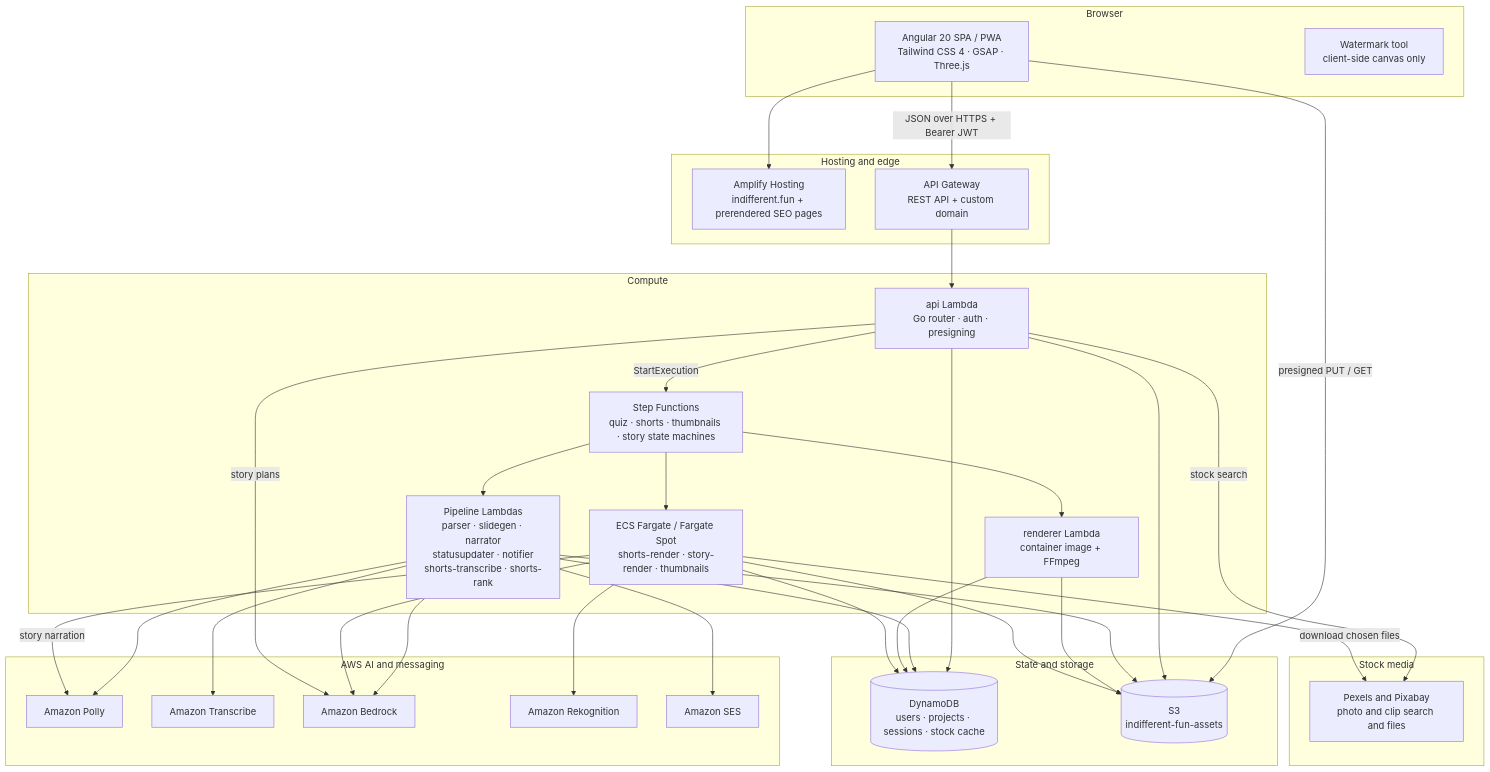
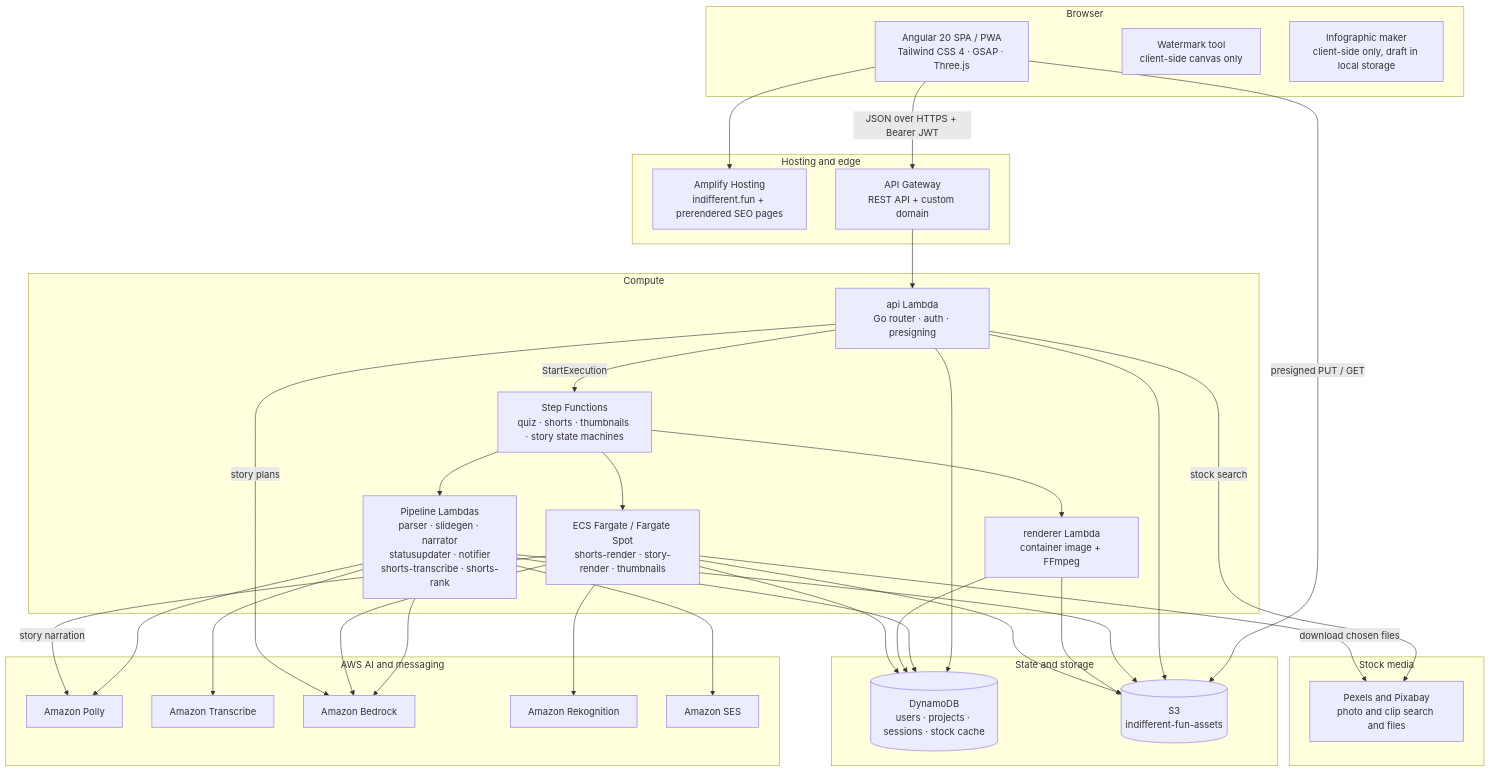
The first of 6 diagrams in README.md (RahulKumar1119/indifferent), drawn with Mermaid before and after one commit. The commit also changed other lines of this file and 40 other files, not shown here.

First line of the commit message:
Infographic maker: launch (part of #217)

````diff
--- a/README.md
+++ b/README.md
@@ -57,67 +59,68 @@
 ```mermaid
 flowchart TB
     subgraph Browser["Browser"]
         UI["Angular 20 SPA / PWA<br/>Tailwind CSS 4 · GSAP · Three.js"]
         WATERMARK["Watermark tool<br/>client-side canvas only"]
+        INFOGRAPHIC["Infographic maker<br/>client-side only, draft in local storage"]
     end
 
     subgraph Edge["Hosting and edge"]
         AMP["Amplify Hosting<br/>indifferent.fun + prerendered SEO pages"]
         APIGW["API Gateway<br/>REST API + custom domain"]
     end
 
     subgraph Compute["Compute"]
         API["api Lambda<br/>Go router · auth · presigning"]
         SFN["Step Functions<br/>quiz · shorts · thumbnails · story state machines"]
         LAMBDAS["Pipeline Lambdas<br/>parser · slidegen · narrator<br/>statusupdater · notifier<br/>shorts-transcribe · shorts-rank"]
         RENDERER["renderer Lambda<br/>container image + FFmpeg"]
         FARGATE["ECS Fargate / Fargate Spot<br/>shorts-render · story-render · thumbnails"]
     end
 
     subgraph Data["State and storage"]
         DDB[("DynamoDB<br/>users · projects · sessions · stock cache")]
         S3[("S3<br/>indifferent-fun-assets")]
     end
 
     subgraph Stock["Stock media"]
         STOCKLIB["Pexels and Pixabay<br/>photo and clip search and files"]
     end
     subgraph AWS["AWS AI and messaging"]
         POLLY["Amazon Polly"]
         TRANSCRIBE["Amazon Transcribe"]
         BEDROCK["Amazon Bedrock"]
         REKOG["Amazon Rekognition"]
         SES["Amazon SES"]
     end
 
     UI --> AMP
     UI -->|"JSON over HTTPS + Bearer JWT"| APIGW
     UI -->|"presigned PUT / GET"| S3
     APIGW --> API
     API --> DDB
     API --> S3
     API -->|"StartExecution"| SFN
 
     SFN --> LAMBDAS
     SFN --> RENDERER
     SFN --> FARGATE
 
     LAMBDAS --> POLLY
     LAMBDAS --> TRANSCRIBE
     LAMBDAS --> BEDROCK
     LAMBDAS --> SES
     LAMBDAS --> S3
     LAMBDAS --> DDB
 
     RENDERER --> S3
     RENDERER --> DDB
 
     FARGATE --> REKOG
     FARGATE --> BEDROCK
     FARGATE --> S3
     FARGATE --> DDB
     API -->|"story plans"| BEDROCK
     API -->|"stock search"| STOCKLIB
     FARGATE -->|"story narration"| POLLY
     FARGATE -->|"download chosen files"| STOCKLIB
 ```
````
